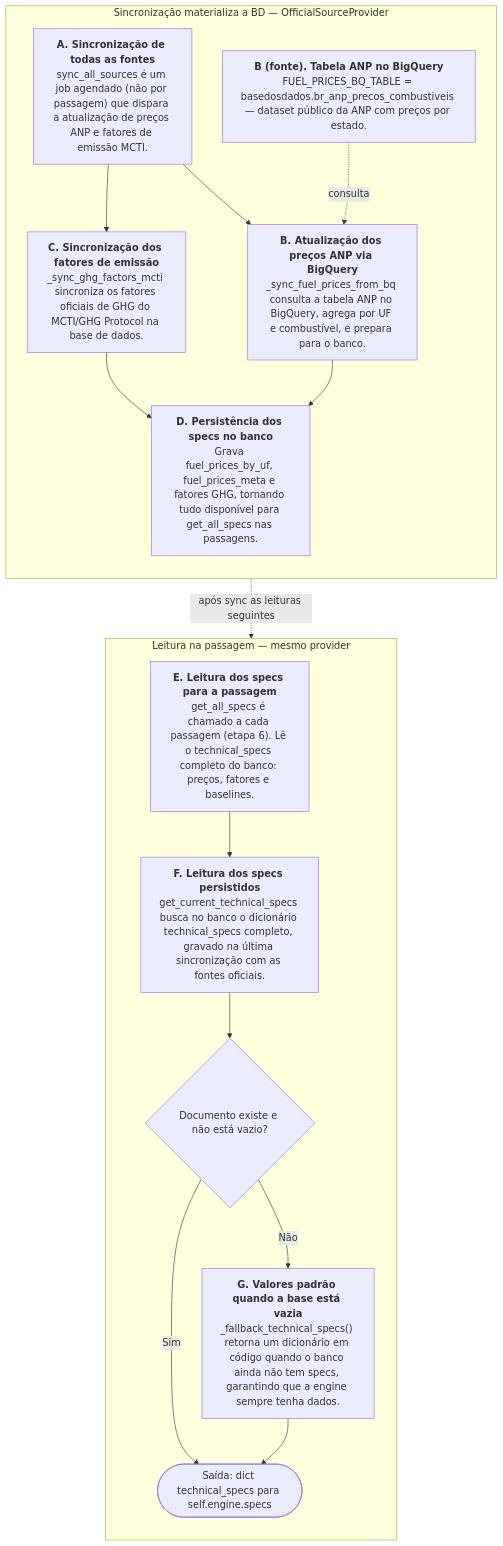
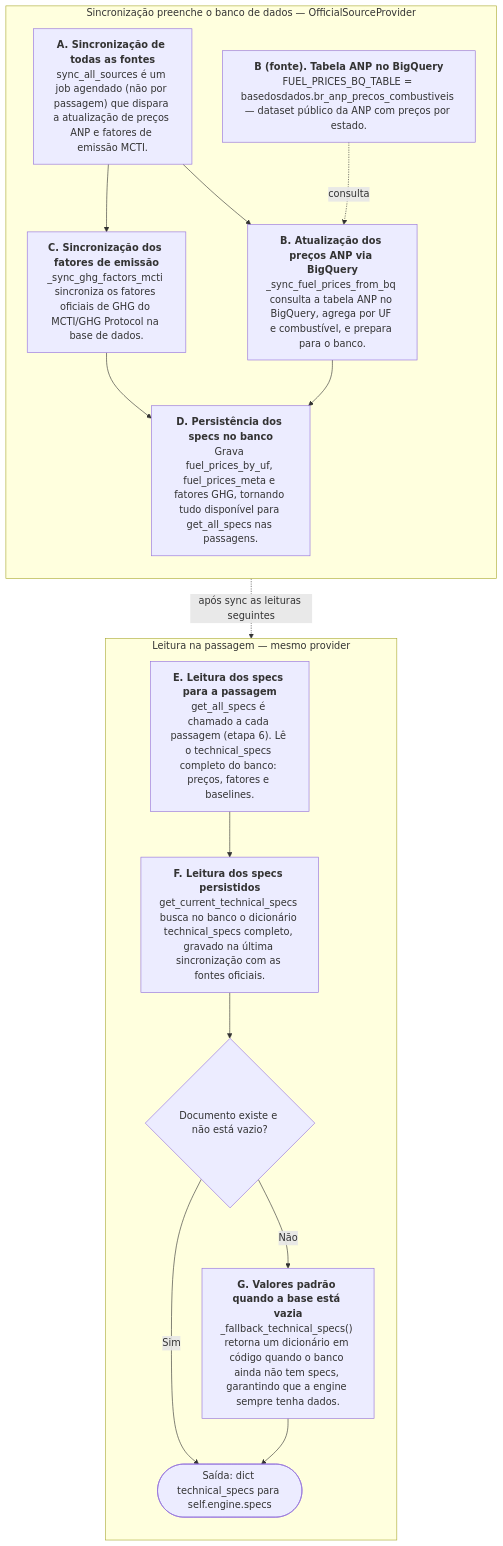
Before and after one commit to IgrPhillipe/taggy-ecoscore: the second of 2 diagrams in docs/tecnico/engine-visao-geral.md, drawn with Mermaid. The commit also changed other lines of this file and 3 other files, not shown here.

````diff
--- a/docs/tecnico/engine-visao-geral.md
+++ b/docs/tecnico/engine-visao-geral.md
@@ -87,30 +87,30 @@
 ```mermaid
 flowchart TD
-  subgraph subgraphSync [Sincronização materializa a BD — OfficialSourceProvider]
+  subgraph subgraphSync [Sincronização preenche o banco de dados — OfficialSourceProvider]
     direction TB
     syncA_orquestrarTodasFontes["<b>A. Sincronização de todas as fontes</b><br/>sync_all_sources é um job agendado (não por passagem) que dispara a atualização de preços ANP e fatores de emissão MCTI."]
     syncB_precosBigQueryANP["<b>B. Atualização dos preços ANP via BigQuery</b><br/>_sync_fuel_prices_from_bq consulta a tabela ANP no BigQuery, agrega por UF e combustível, e prepara para o banco."]
     syncB_fonteExterna["<b>B (fonte). Tabela ANP no BigQuery</b><br/>FUEL_PRICES_BQ_TABLE = basedosdados.br_anp_precos_combustiveis — dataset público da ANP com preços por estado."]
     syncC_fatoresMCTI["<b>C. Sincronização dos fatores de emissão</b><br/>_sync_ghg_factors_mcti sincroniza os fatores oficiais de GHG do MCTI/GHG Protocol na base de dados."]
     syncD_persistirSpecsNaBd["<b>D. Persistência dos specs no banco</b><br/>Grava fuel_prices_by_uf, fuel_prices_meta e fatores GHG, tornando tudo disponível para get_all_specs nas passagens."]
     syncA_orquestrarTodasFontes --> syncB_precosBigQueryANP
     syncB_fonteExterna -.->|consulta| syncB_precosBigQueryANP
     syncA_orquestrarTodasFontes --> syncC_fatoresMCTI
     syncB_precosBigQueryANP --> syncD_persistirSpecsNaBd
     syncC_fatoresMCTI --> syncD_persistirSpecsNaBd
   end
 
   subgraph subgraphLeituraPassagem [Leitura na passagem — mesmo provider]
     direction TB
     readE_obterSpecsParaEngine["<b>E. Leitura dos specs para a passagem</b><br/>get_all_specs é chamado a cada passagem (etapa 6). Lê o technical_specs completo do banco: preços, fatores e baselines."]
     readF_lerDocumentoPersistido["<b>F. Leitura dos specs persistidos</b><br/>get_current_technical_specs busca no banco o dicionário technical_specs completo, gravado na última sincronização com as fontes oficiais."]
     readG_decisaoBdVazia{Documento existe e não está vazio?}
     readH_fallbackArranque["<b>G. Valores padrão quando a base está vazia</b><br/>_fallback_technical_specs() retorna um dicionário em código quando o banco ainda não tem specs, garantindo que a engine sempre tenha dados."]
     readI_saidaDictTechnicalSpecs([Saída: dict technical_specs para self.engine.specs])
     readE_obterSpecsParaEngine --> readF_lerDocumentoPersistido --> readG_decisaoBdVazia
     readG_decisaoBdVazia -->|Sim| readI_saidaDictTechnicalSpecs
     readG_decisaoBdVazia -->|Não| readH_fallbackArranque --> readI_saidaDictTechnicalSpecs
   end
 
   syncD_persistirSpecsNaBd -.->|após sync as leituras seguintes| readF_lerDocumentoPersistido
 ```
````
